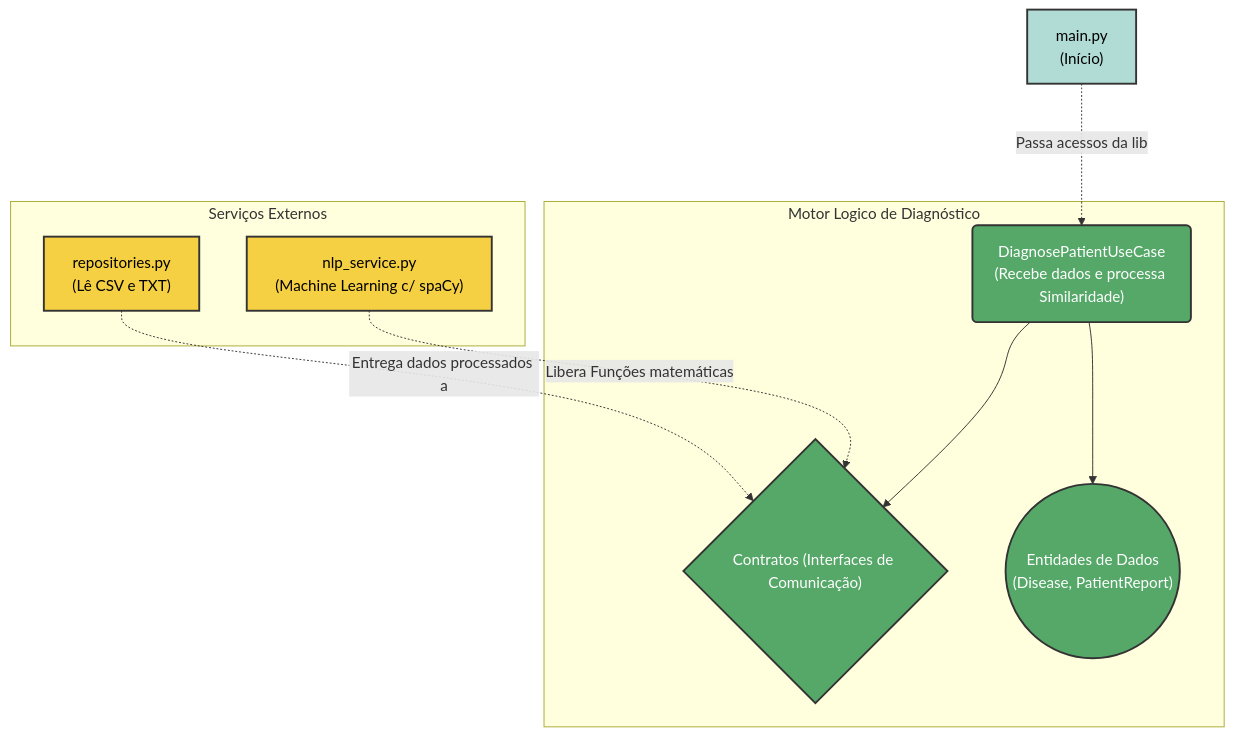
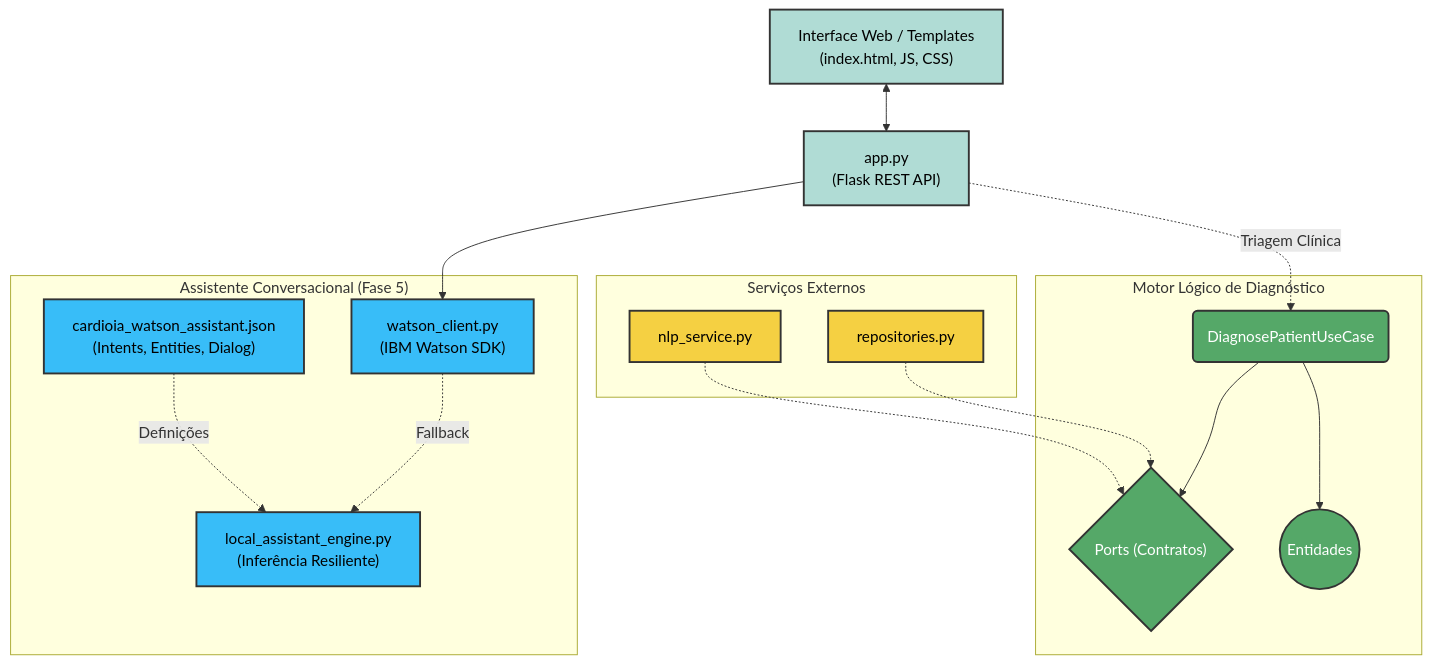
One commit to Douglas-Felipe/CardioIA changed the diagram in api/README.md. Above: the diagram before and after it, drawn with Mermaid. The commit also changed other lines of this file and 29 other files, not shown here.

````diff
--- a/api/README.md
+++ b/api/README.md
@@ -11,25 +14,37 @@
 ```mermaid
 graph TD
     classDef infra fill:#f5d042,stroke:#333,stroke-width:2px,color:#000;
     classDef core fill:#55a868,stroke:#333,stroke-width:2px,color:#fff;
-    classDef main fill:#b0dcd5,stroke:#333,stroke-width:2px,color:#000;
+    classDef chat fill:#38bdf8,stroke:#333,stroke-width:2px,color:#000;
+    classDef web fill:#b0dcd5,stroke:#333,stroke-width:2px,color:#000;
 
-    Main["main.py<br>(Início)"]:::main
+    Web["Interface Web / Templates<br>(index.html, JS, CSS)"]:::web
+    App["app.py<br>(Flask REST API)"]:::web
     
-    subgraph Infrastructure ["Serviços Externos"]
-        Repo["repositories.py<br>(Lê CSV e TXT)"]:::infra
-        NLP["nlp_service.py<br>(Machine Learning c/ spaCy)"]:::infra
+    subgraph Conversacional ["Assistente Conversacional (Fase 5)"]
+        WatsonClient["watson_client.py<br>(IBM Watson SDK)"]:::chat
+        LocalEngine["local_assistant_engine.py<br>(Inferência Resiliente)"]:::chat
+        Skill["cardioia_watson_assistant.json<br>(Intents, Entities, Dialog)"]:::chat
     end
 
-    subgraph Core ["Motor Logico de Diagnóstico"]
-        UseCase("DiagnosePatientUseCase<br>(Recebe dados e processa Similaridade)"):::core
-        Ports{"Contratos (Interfaces de Comunicação)"}:::core
-        Entities(("Entidades de Dados<br>(Disease, PatientReport)")):::core
+    subgraph Core ["Motor Lógico de Diagnóstico"]
+        UseCase("DiagnosePatientUseCase"):::core
+        Ports{"Ports (Contratos)"}:::core
+        Entities(("Entidades")):::core
     end
 
-    Main -. Passa acessos da lib ..-> UseCase
-    Repo -. Entrega dados processados a .-> Ports
-    NLP -. Libera Funções matemáticas .-> Ports
+    subgraph Infrastructure ["Serviços Externos"]
+        Repo["repositories.py"]:::infra
+        NLP["nlp_service.py"]:::infra
+    end
+
+    Web <--> App
+    App --> WatsonClient
+    WatsonClient -. Fallback .-> LocalEngine
+    Skill -. Definições .-> LocalEngine
+    App -. Triagem Clínica .-> UseCase
     UseCase --> Ports
     UseCase --> Entities
+    Repo -.-> Ports
+    NLP -.-> Ports
 ```
````
